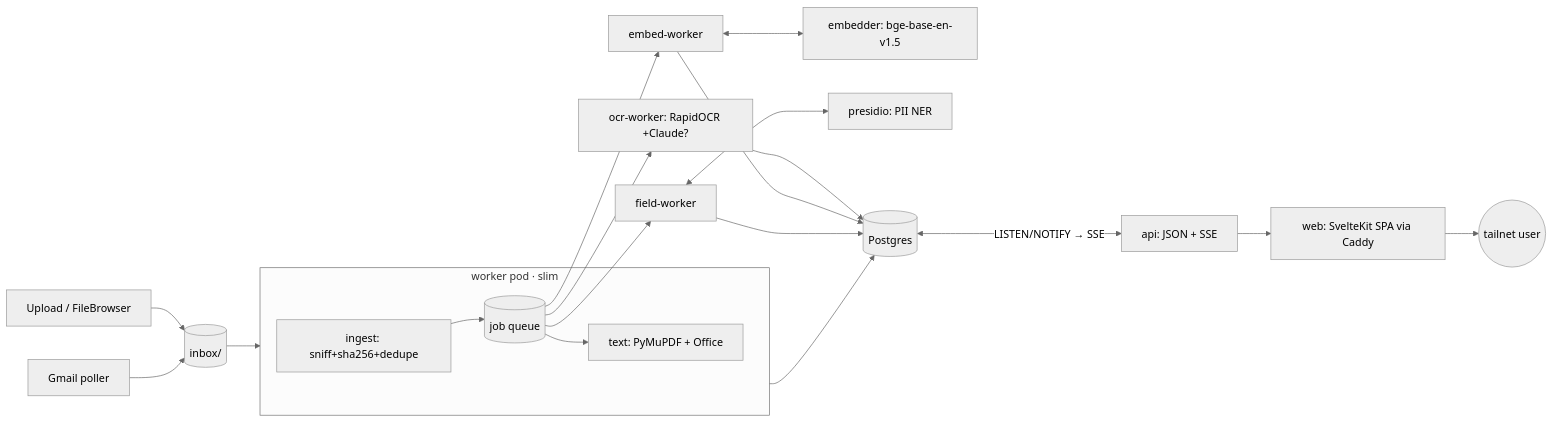
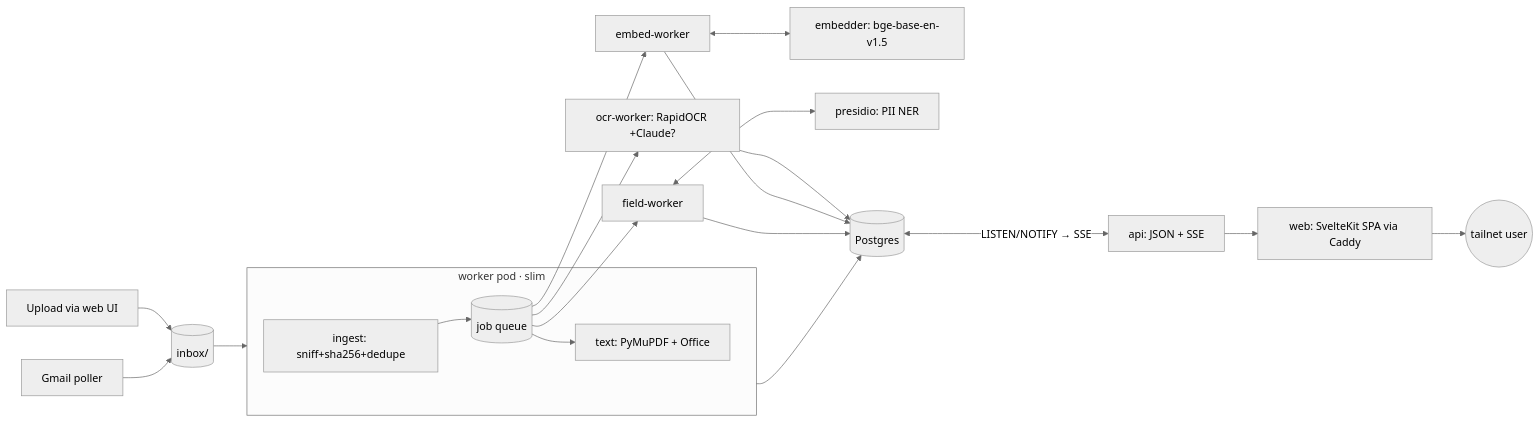
One commit to rj-1234/homelab changed the diagram in doc-catalog/README.md. Above: the diagram before and after it, drawn with Mermaid (neutral theme). The commit also changed other lines of this file and 49 other files, not shown here.

Commit message:
Adding the flower delivery service and clean up

````diff
--- a/doc-catalog/README.md
+++ b/doc-catalog/README.md
@@ -36,22 +36,22 @@
 ```mermaid
 flowchart LR
-  up[Upload / FileBrowser] --> inbox[(inbox/)]
+  up[Upload via web UI] --> inbox[(inbox/)]
   gm[Gmail poller] --> inbox
   inbox --> worker
   subgraph worker[worker pod · slim]
     ing[ingest: sniff+sha256+dedupe] --> q[(job queue)]
     q --> txt[text: PyMuPDF + Office]
   end
   q --> ocrw[ocr-worker: RapidOCR +Claude?]
   q --> embw[embed-worker]
   q --> fldw[field-worker]
   embw <--> embedder[embedder: bge-base-en-v1.5]
   fldw <--> presidio[presidio: PII NER]
   worker --> pg[(Postgres)]
   ocrw --> pg
   embw --> pg
   fldw --> pg
   pg <-->|LISTEN/NOTIFY → SSE| api[api: JSON + SSE]
   api --> web[web: SvelteKit SPA via Caddy]
   web --> user((tailnet user))
 ```
````
